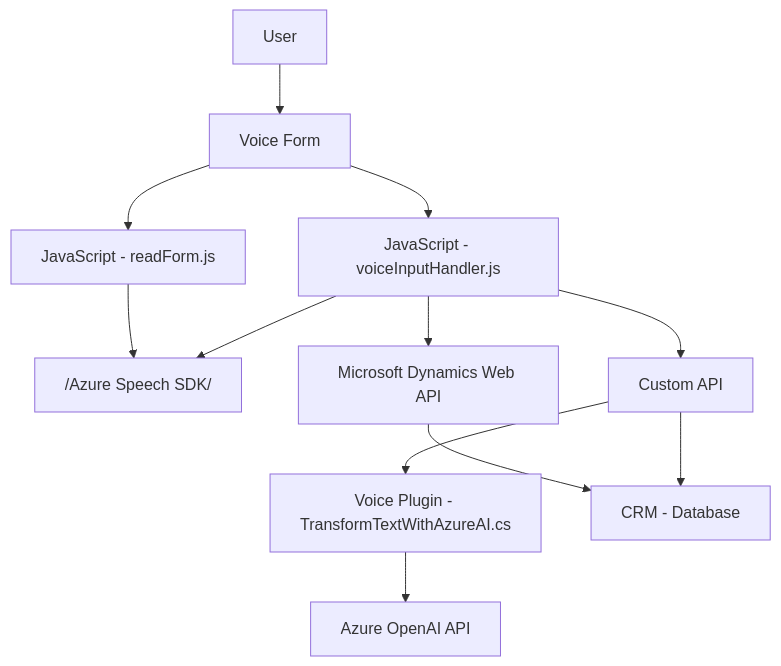
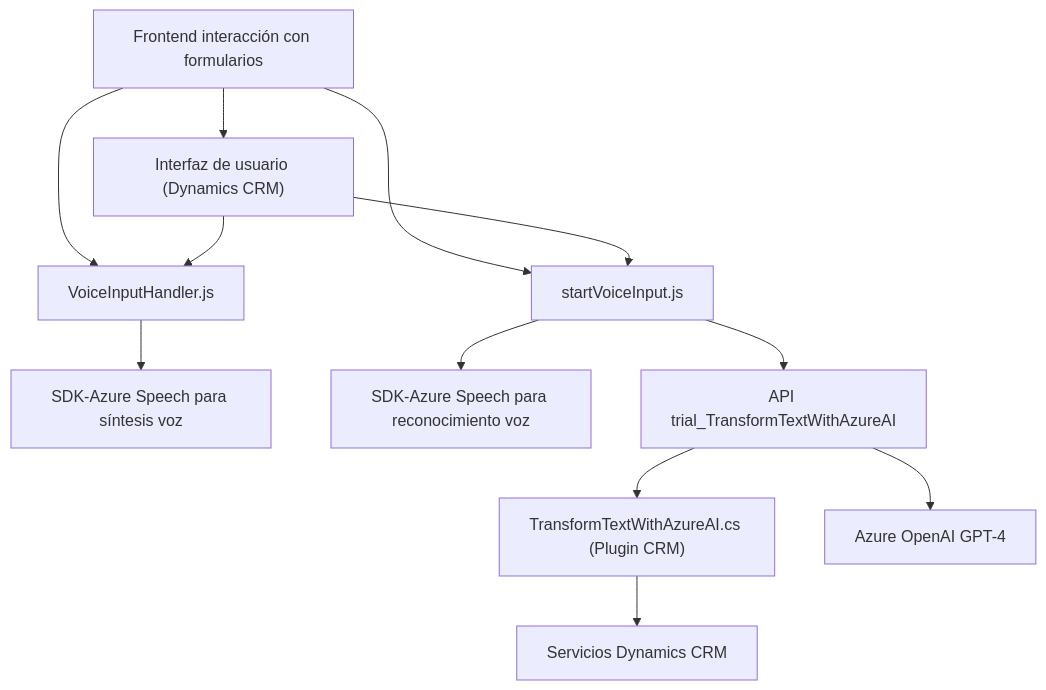
The diagram in README.md (blopezdm/NETCORE_BILBAO2025), drawn with Mermaid before and after one commit. The commit also changed other lines of this file, not shown here.

Commit message:
Actualizar análisis global de la solución con IA

````diff
--- a/README.md
+++ b/README.md
@@ -61,14 +39,15 @@
 ```mermaid
 graph TD
-    A["User"] --> B["Voice Form"]
-    B --> C["JavaScript - readForm.js"]
-    B --> D["JavaScript - voiceInputHandler.js"]
-    C --> E["/Azure Speech SDK/"]
-    D --> E
-    D --> F["Microsoft Dynamics Web API"]
-    D --> G["Custom API"]
-    G --> H["Voice Plugin - TransformTextWithAzureAI.cs"]
-    H --> I["Azure OpenAI API"]
-    F --> J["CRM - Database"]
-    G --> J
+    A["Frontend interacción con formularios"] --> B["VoiceInputHandler.js"]
+    A --> C["startVoiceInput.js"]
+    B --> D["SDK-Azure Speech para síntesis voz"]
+    C --> E["SDK-Azure Speech para reconocimiento voz"]
+    C --> F["API trial_TransformTextWithAzureAI"]
+    F --> G["TransformTextWithAzureAI.cs (Plugin CRM)"]
+    G --> H["Servicios Dynamics CRM"]
+    F --> I["Azure OpenAI GPT-4"]
+
+    A --> J["Interfaz de usuario (Dynamics CRM)"]
+    J --> B
+    J --> C
 ```
````
